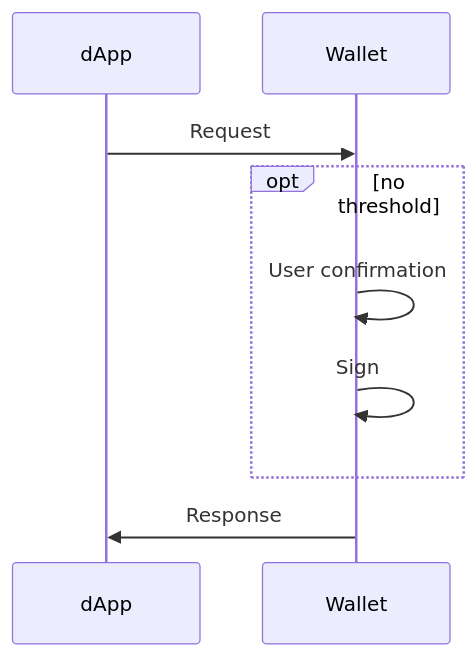
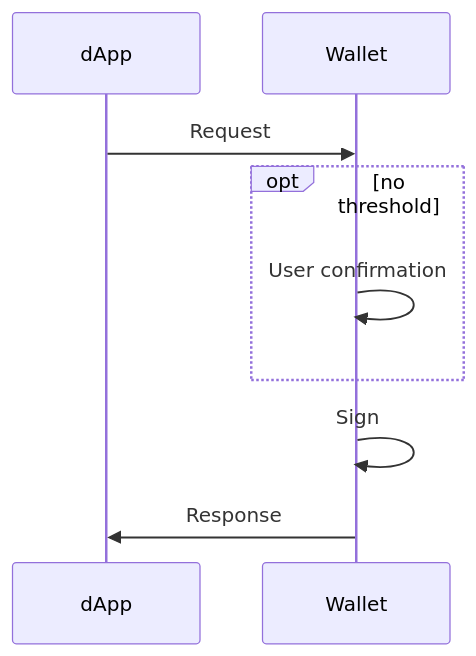
Before and after one commit to airgap-it/beacon-sdk: the fourth of 5 diagrams in flows/P2PDirect.md, drawn with Mermaid. The commit also changed other lines of this file and 3 other files, not shown here.

Commit message:
feat(flows): move forging to after user confirmation

````diff
--- a/flows/P2PDirect.md
+++ b/flows/P2PDirect.md
@@ -36,9 +39,9 @@
 ```mermaid
 sequenceDiagram
     dApp->>Wallet: Request
     opt no threshold
         Wallet->>Wallet: User confirmation
-        Wallet->>Wallet: Sign
     end
+    Wallet->>Wallet: Sign
     Wallet->>dApp: Response
 ```
````
